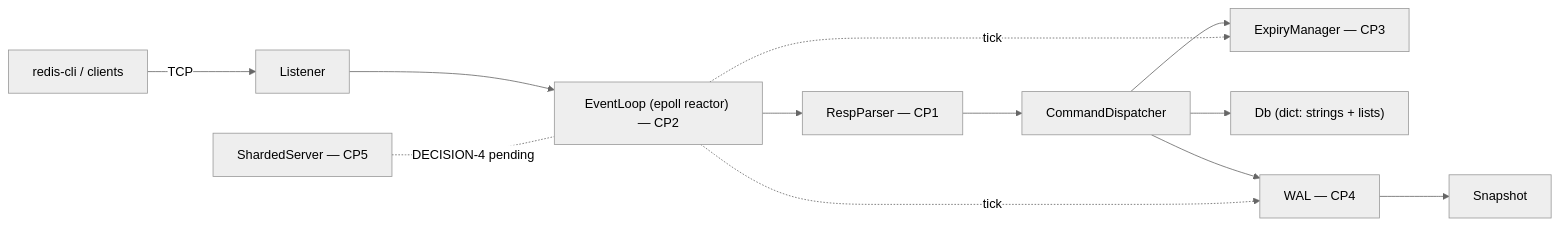
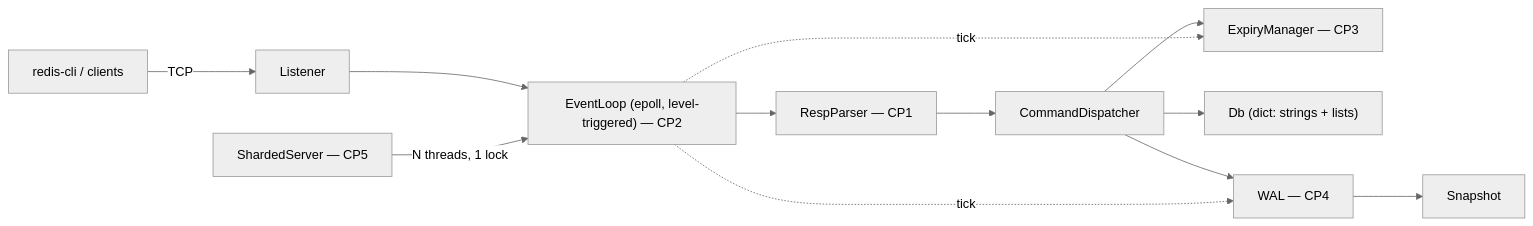
The diagram in README.md (iamSahilNain/hermitdb), drawn with Mermaid (neutral theme) before and after one commit. The commit also changed other lines of this file and 2 other files, not shown here.

````diff
--- a/README.md
+++ b/README.md
@@ -65,14 +115,14 @@
 ```mermaid
 flowchart LR
     C[redis-cli / clients] -->|TCP| L[Listener]
-    L --> E["EventLoop (epoll reactor) — CP2"]
+    L --> E["EventLoop (epoll, level-triggered) — CP2"]
     E --> P["RespParser — CP1"]
     P --> D[CommandDispatcher]
     D --> X["ExpiryManager — CP3"]
     D --> B["Db (dict: strings + lists)"]
     D --> W["WAL — CP4"]
     W --> S[Snapshot]
     E -. tick .-> X
     E -. tick .-> W
-    T["ShardedServer — CP5"] -. "DECISION-4 pending" .- E
+    T["ShardedServer — CP5"] -->|"N threads, 1 lock"| E
 ```
````
